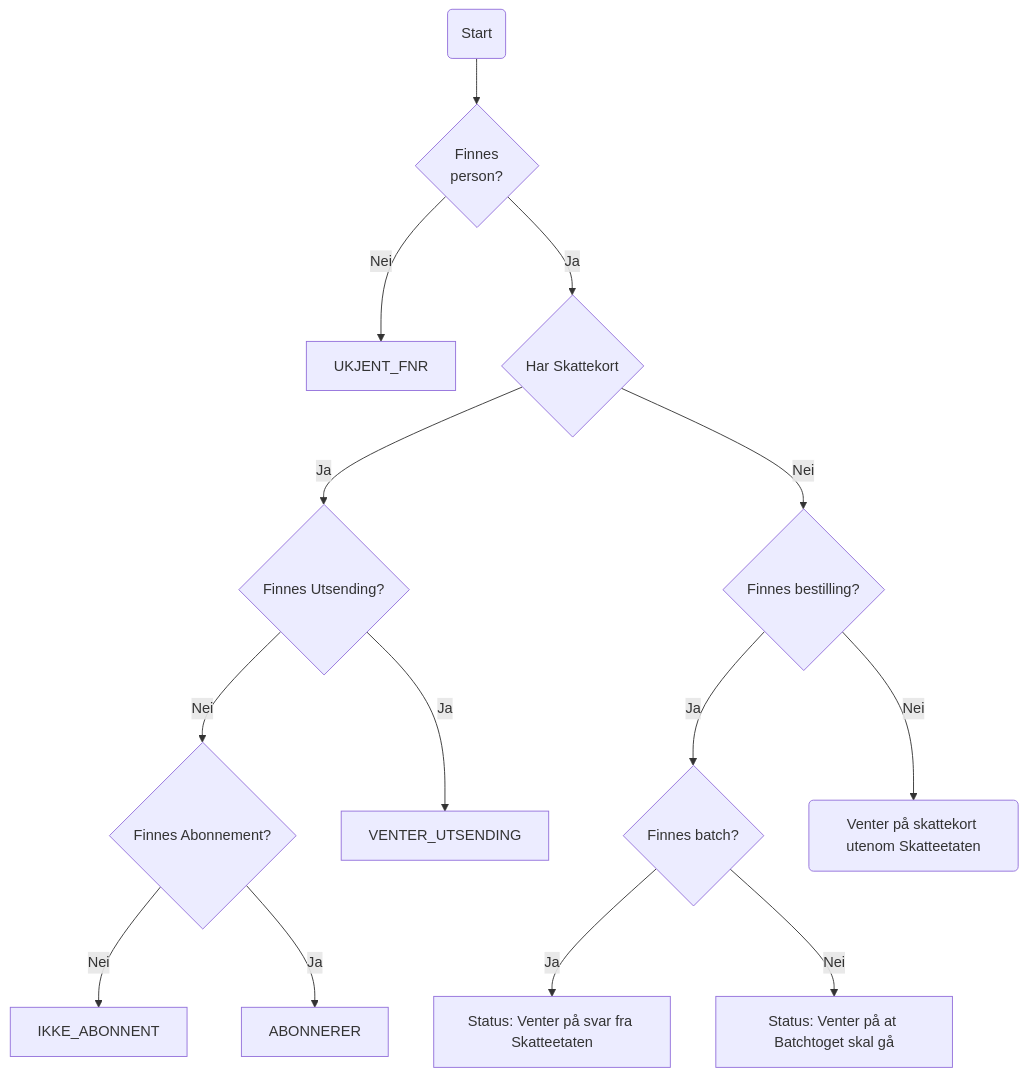
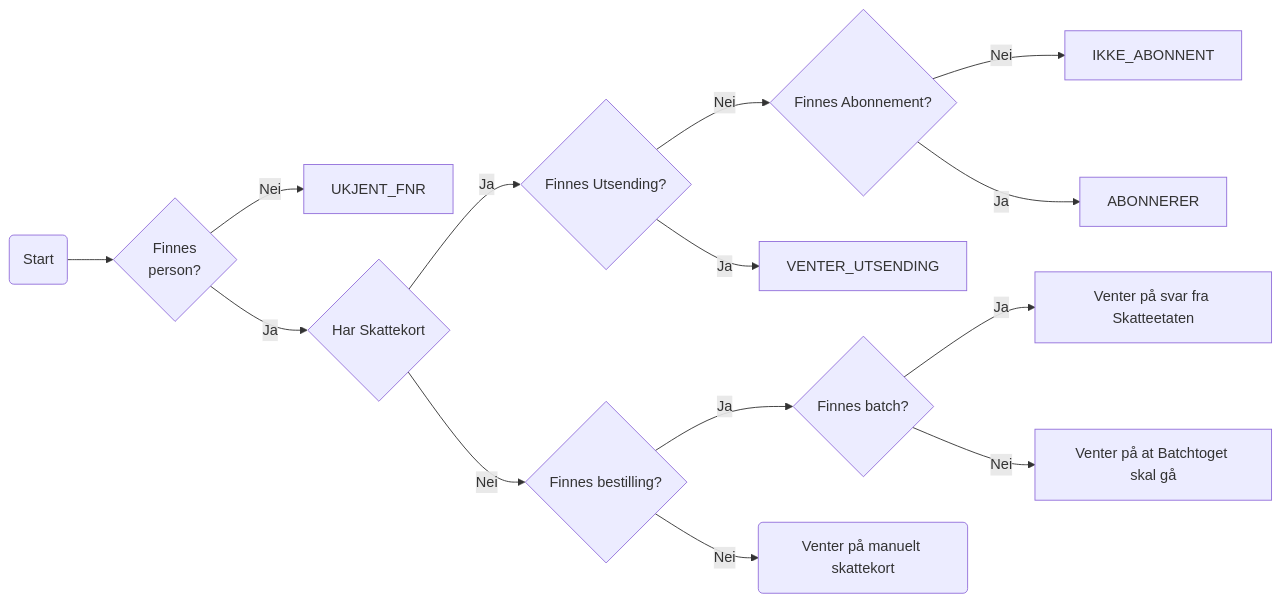
The eighth of 8 diagrams in dokumentasjon/arkitektur/workflows.md (navikt/sokos-skattekort), drawn with Mermaid before and after one commit. The commit also changed other lines of this file, not shown here.

````diff
--- a/dokumentasjon/arkitektur/workflows.md
+++ b/dokumentasjon/arkitektur/workflows.md
@@ -121,16 +105,16 @@
 ```mermaid
-flowchart TD
+flowchart LR
     Start(Start) --> FNR{Finnes \nperson?}
     FNR -->|Nei| IKKE_FORESPURT[UKJENT_FNR]
     FNR -->|Ja| SJEKK_SKATTEKORT{Har Skattekort}
     SJEKK_SKATTEKORT -->|Ja| SJEKK_UTSENDING{Finnes Utsending?}
     SJEKK_UTSENDING -->|Nei| SJEKK_ABONNEMENT{Finnes Abonnement?}
     SJEKK_UTSENDING -->|Ja| VENTER_UTSENDING
     SJEKK_ABONNEMENT{Finnes Abonnement?} -->|Nei| IKKE_ABONNENT
     SJEKK_ABONNEMENT -->|Ja| ABONNERER
     SJEKK_SKATTEKORT -->|Nei| SJEKK_BESTILLING{Finnes bestilling?}
     SJEKK_BESTILLING -->|Ja| SJEKK_BATCH{Finnes batch?}
-    SJEKK_BATCH -->|Ja| VENTER_SVAR[Status: Venter på svar fra Skatteetaten]
-    SJEKK_BATCH -->|Nei| VENTER_BATCH[Status: Venter på at Batchtoget skal gå]
-    SJEKK_BESTILLING -->|Nei| WAIT(Venter på skattekort utenom Skatteetaten)
+    SJEKK_BATCH -->|Ja| VENTER_SVAR[Venter på svar fra Skatteetaten]
+    SJEKK_BATCH -->|Nei| VENTER_BATCH[Venter på at Batchtoget skal gå]
+    SJEKK_BESTILLING -->|Nei| WAIT(Venter på manuelt skattekort)
 ```
````
